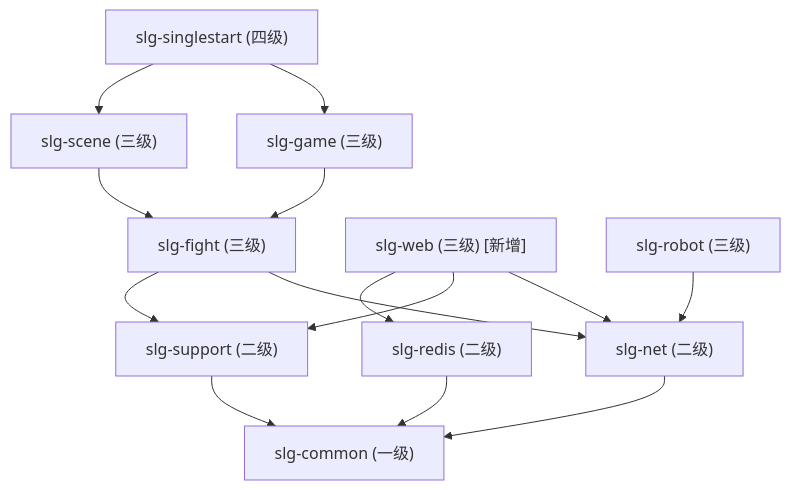
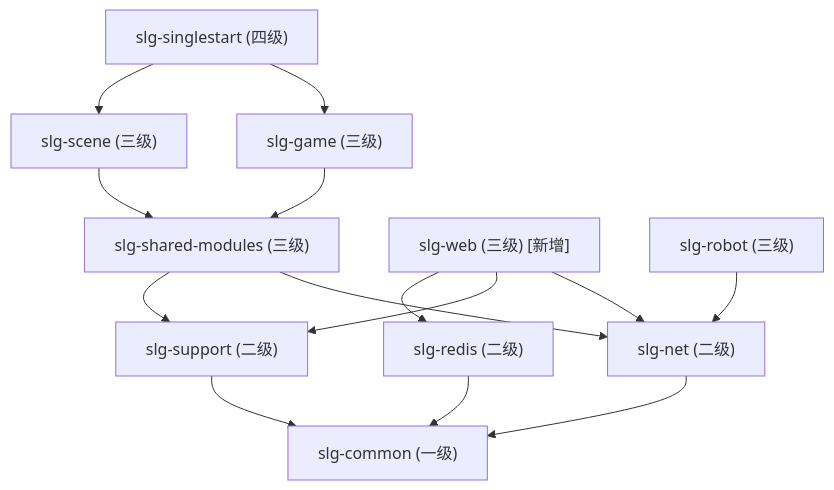
Before and after one commit to sushanyxn/publicServer: the first of 3 diagrams in .cursor/plans/导量服模块方案.md, drawn with Mermaid. The commit also changed other lines of this file and 10 other files, not shown here.

First line of the commit message:
docs: 同步 README 与 .cursor 说明（shared-modules、进度归属）

````diff
--- a/.cursor/plans/导量服模块方案.md
+++ b/.cursor/plans/导量服模块方案.md
@@ -101,27 +101,27 @@
 ```mermaid
 graph TD
     slgCommon["slg-common (一级)"]
     slgNet["slg-net (二级)"]
     slgRedis["slg-redis (二级)"]
     slgSupport["slg-support (二级)"]
-    slgFight["slg-fight (三级)"]
+    slgSharedModules["slg-shared-modules (三级)"]
     slgGame["slg-game (三级)"]
     slgScene["slg-scene (三级)"]
     slgWeb["slg-web (三级) [新增]"]
     slgRobot["slg-robot (三级)"]
     slgSingle["slg-singlestart (四级)"]
 
     slgNet --> slgCommon
     slgRedis --> slgCommon
     slgSupport --> slgCommon
-    slgFight --> slgNet
-    slgFight --> slgSupport
-    slgGame --> slgFight
-    slgScene --> slgFight
+    slgSharedModules --> slgNet
+    slgSharedModules --> slgSupport
+    slgGame --> slgSharedModules
+    slgScene --> slgSharedModules
     slgWeb --> slgNet
     slgWeb --> slgSupport
     slgWeb --> slgRedis
     slgRobot --> slgNet
     slgSingle --> slgGame
     slgSingle --> slgScene
 ```
````
